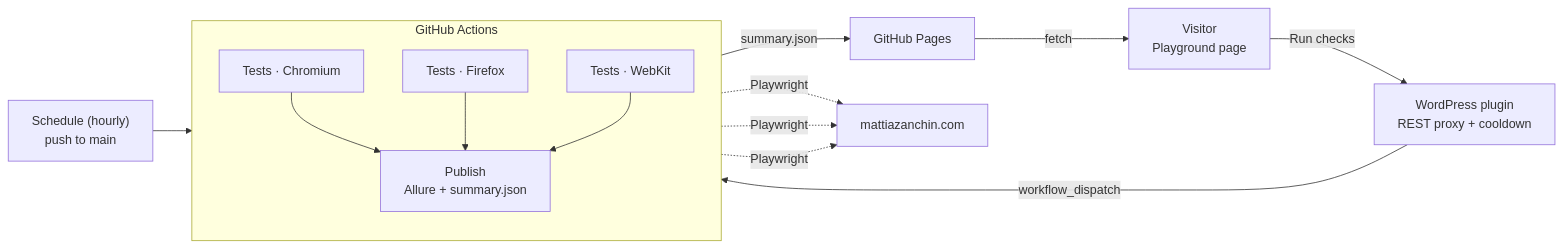
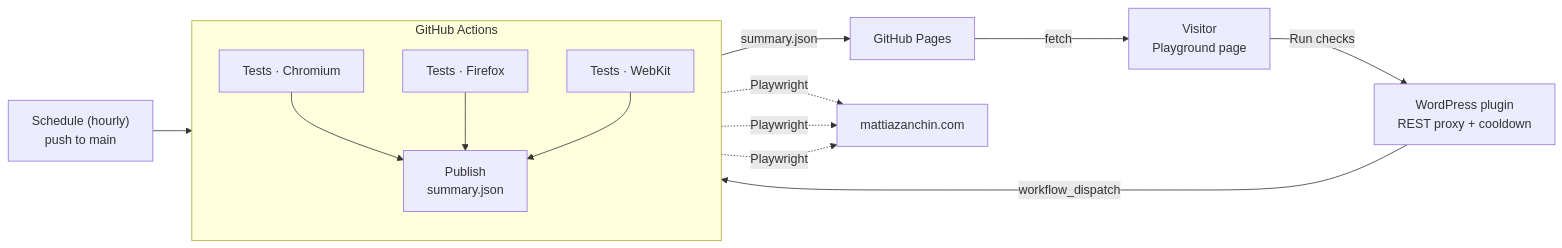
Before and after one commit to MattiaZanchin94/website-quality-lab: the diagram in README.md, drawn with Mermaid. The commit also changed other lines of this file and 1 other file, not shown here.

First line of the commit message:
Remove Allure from the README

````diff
--- a/README.md
+++ b/README.md
@@ -16,13 +16,13 @@
 ```mermaid
 flowchart LR
     V["Visitor<br/>Playground page"] -- "Run checks" --> WP["WordPress plugin<br/>REST proxy + cooldown"]
     WP -- "workflow_dispatch" --> GA
     S["Schedule (hourly)<br/>push to main"] --> GA
     subgraph GA["GitHub Actions"]
         direction TB
-        T1["Tests · Chromium"] & T2["Tests · Firefox"] & T3["Tests · WebKit"] --> P["Publish<br/>Allure + summary.json"]
+        T1["Tests · Chromium"] & T2["Tests · Firefox"] & T3["Tests · WebKit"] --> P["Publish<br/>summary.json"]
     end
     P -- "summary.json" --> GP["GitHub Pages"]
     GP -- "fetch" --> V
     T1 & T2 & T3 -. "Playwright" .-> SITE["mattiazanchin.com"]
 ```
````
